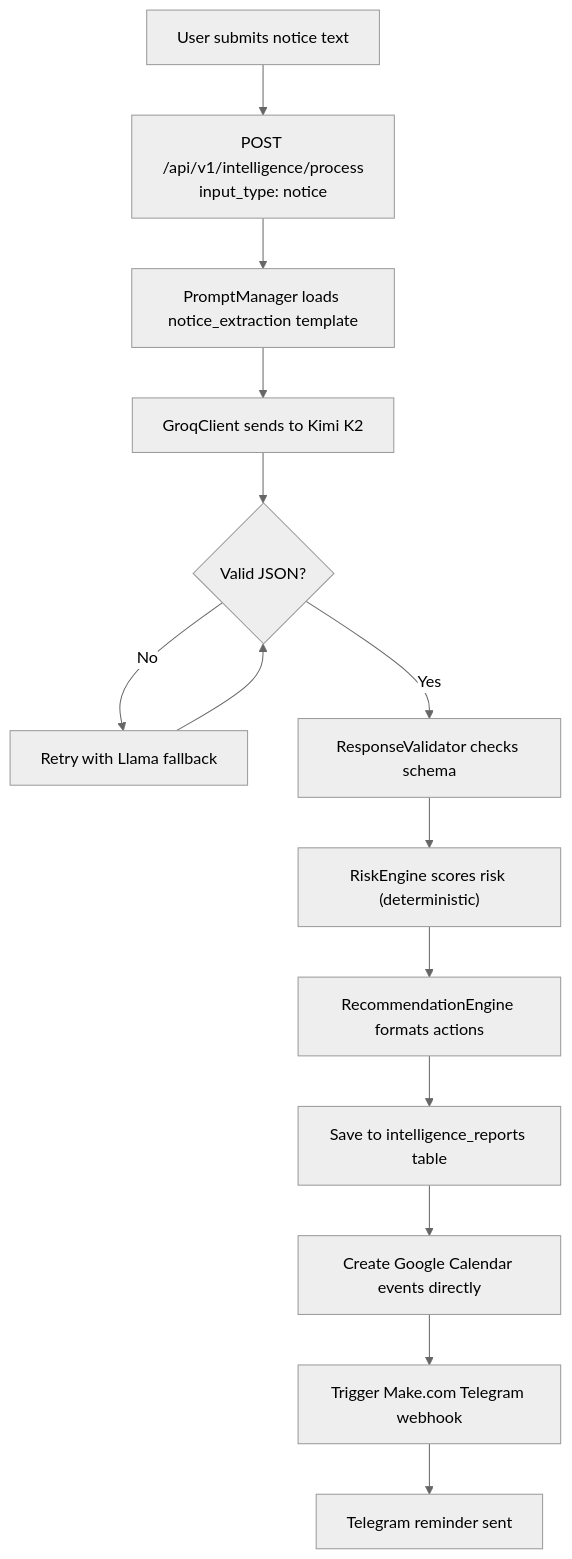
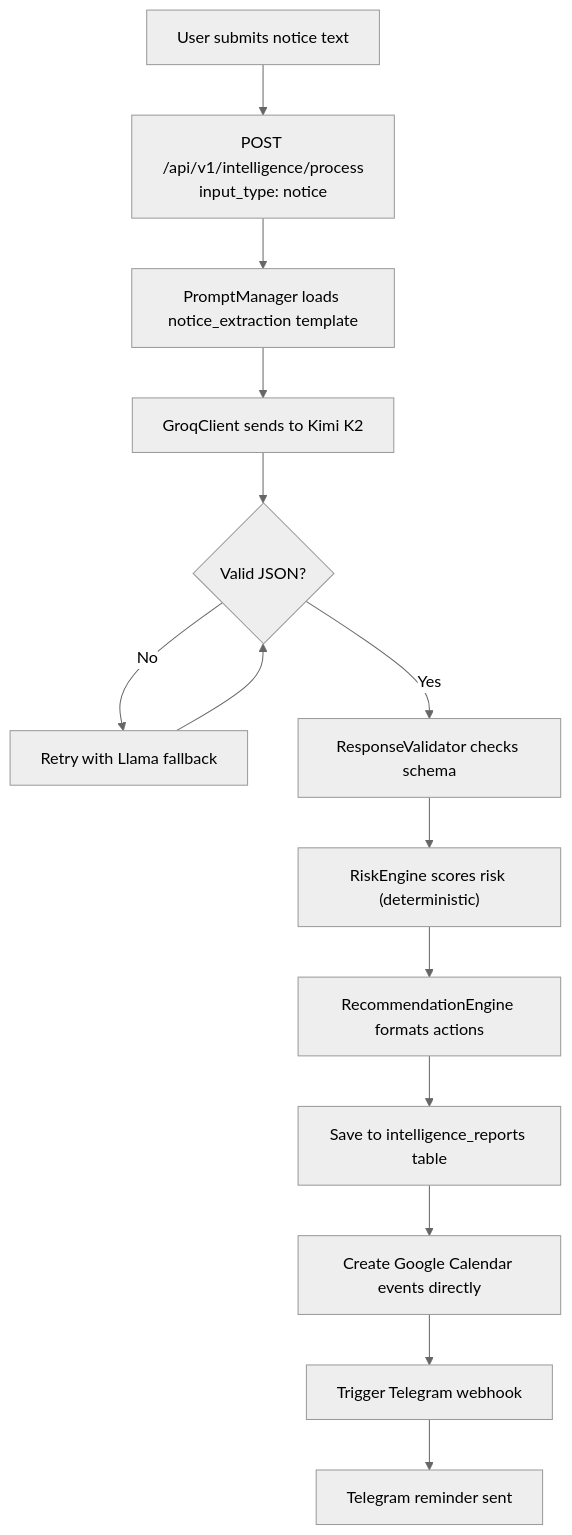
The sixth of 9 diagrams in docs/ARCHITECTURE.md (AdharshJolly/Academix), drawn with Mermaid (neutral theme) before and after one commit. The commit also changed other lines of this file and 18 other files, not shown here.

Commit message:
feat: update environment configuration, refactor automation callbacks, and enhance attendance API tests; replace Make.com references with Telegram support

````diff
--- a/docs/ARCHITECTURE.md
+++ b/docs/ARCHITECTURE.md
@@ -167,16 +167,16 @@
 ```mermaid
 flowchart TD
     A["User submits notice text"] --> B["POST /api/v1/intelligence/process\ninput_type: notice"]
     B --> C["PromptManager loads notice_extraction template"]
     C --> D["GroqClient sends to Kimi K2"]
     D --> E{Valid JSON?}
     E -- No --> F["Retry with Llama fallback"]
     F --> E
     E -- Yes --> G["ResponseValidator checks schema"]
     G --> H["RiskEngine scores risk (deterministic)"]
     H --> I["RecommendationEngine formats actions"]
     I --> J["Save to intelligence_reports table"]
     J --> K["Create Google Calendar events directly"]
-    K --> L["Trigger Make.com Telegram webhook"]
+    K --> L["Trigger Telegram webhook"]
     L --> M["Telegram reminder sent"]
 ```
````
